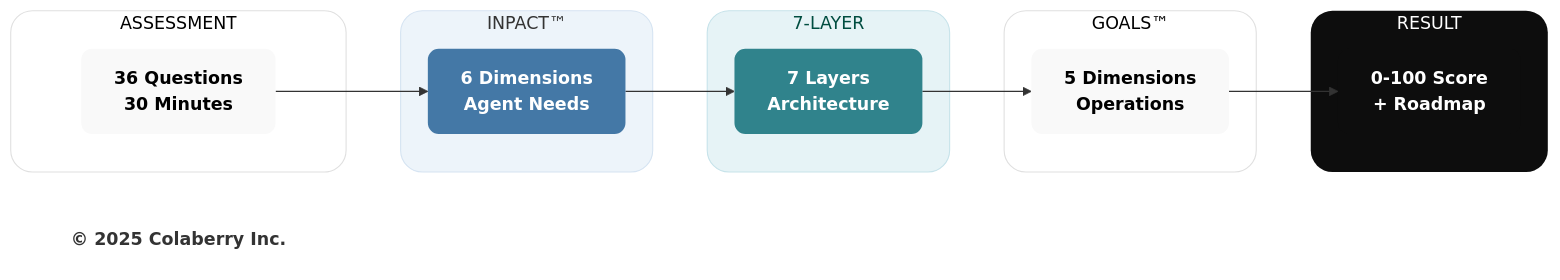
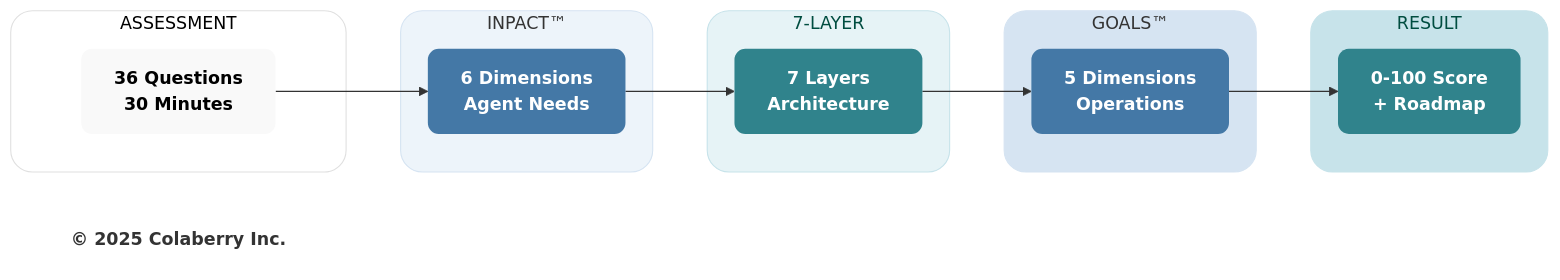
One commit to saitejesh-cyber/trust-before-intelligence-book changed the diagram in mermaid-source/figure-9-2.mmd. Above: the diagram before and after it, drawn with Mermaid. The commit also changed 1 other file, not shown here.

Commit message:
Refine figure-9-2 stage palettes and replace black result styling

```diff
--- a/mermaid-source/figure-9-2.mmd
+++ b/mermaid-source/figure-9-2.mmd
@@ -1,36 +1,36 @@
 graph LR
     subgraph ASSESS["ASSESSMENT"]
         A1["<b>36 Questions</b><br/><b>30 Minutes</b>"]
     end
     
     subgraph INPACT["INPACT™"]
         I1["<b>6 Dimensions</b><br/><b>Agent Needs</b>"]
     end
     
     subgraph ARCH["7-LAYER"]
         A2["<b>7 Layers</b><br/><b>Architecture</b>"]
     end
     
     subgraph GOALS["GOALS™"]
         G1["<b>5 Dimensions</b><br/><b>Operations</b>"]
     end
     
     subgraph RESULT["RESULT"]
         R1["<b>0-100 Score</b><br/><b>+ Roadmap</b>"]
     end
     
     A1 --> I1 --> A2 --> G1 --> R1
     
     Copyright["<b>© 2025 Colaberry Inc.</b>"]
     
     style ASSESS fill:#ffffff,stroke:#e0e0e0,stroke-width:1px,color:#000000,rx:20,ry:20
     style INPACT fill:#edf4fa,stroke:#d6e4f2,stroke-width:1px,color:#333333,rx:20,ry:20
     style ARCH fill:#e6f3f6,stroke:#c7e3ea,stroke-width:1px,color:#004d40,rx:20,ry:20
-    style GOALS fill:#ffffff,stroke:#e0e0e0,stroke-width:1px,color:#000000,rx:20,ry:20
-    style RESULT fill:#0D0D0D,stroke:none,color:#ffffff,rx:20,ry:20
+    style GOALS fill:#d6e4f2,stroke:#d6e4f2,stroke-width:1px,color:#333333,rx:20,ry:20
+    style RESULT fill:#c7e3ea,stroke:#c7e3ea,stroke-width:1px,color:#004d40,rx:20,ry:20
     style A1 fill:#f9f9f9,stroke:none,color:#000000,rx:10,ry:10
     style I1 fill:#4478A6,stroke:none,color:#ffffff,rx:10,ry:10
     style A2 fill:#30838C,stroke:none,color:#ffffff,rx:10,ry:10
-    style G1 fill:#f9f9f9,stroke:none,color:#000000,rx:10,ry:10
-    style R1 fill:#0D0D0D,stroke:none,color:#ffffff,rx:10,ry:10
+    style G1 fill:#4478A6,stroke:none,color:#ffffff,rx:10,ry:10
+    style R1 fill:#30838C,stroke:none,color:#ffffff,rx:10,ry:10
     style Copyright fill:none,stroke:none,color:#333333
```
